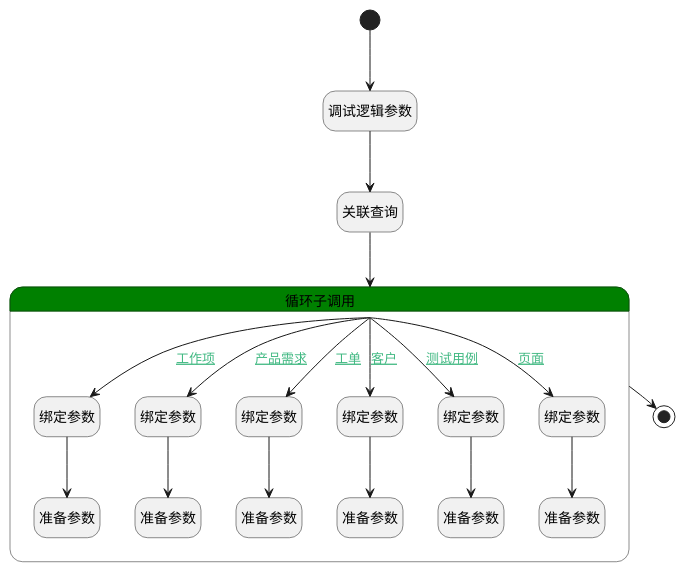
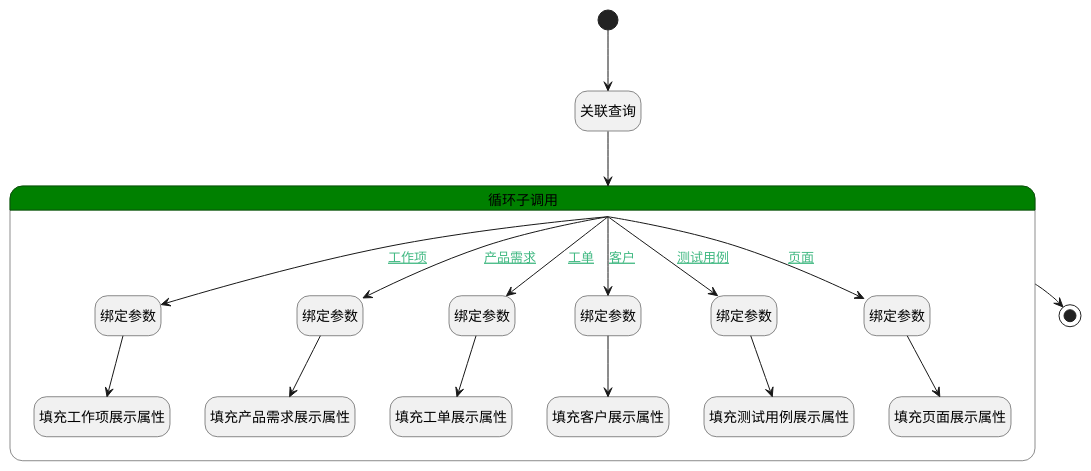
One commit to iBizLab/plm changed the diagram in doc/docsify/module/Base/search_attachment/logic/advanced_search.md. Above: the diagram before and after it, drawn with PlantUML. The commit also changed other lines of this file and 1068 other files, not shown here.

````diff
--- a/doc/docsify/module/Base/search_attachment/logic/advanced_search.md
+++ b/doc/docsify/module/Base/search_attachment/logic/advanced_search.md
@@ -7,50 +7,48 @@
 ```plantuml
 @startuml
 hide empty description
 <style>
 root {
   HyperlinkColor #42b983
 }
 </style>
 
 hide empty description
 state "开始" as Begin <<start>> [[$./advanced_search#begin {"开始"}]]
-state "调试逻辑参数" as DEBUGPARAM1  [[$./advanced_search#debugparam1 {"调试逻辑参数"}]]
 state "关联查询" as DEDATASET1  [[$./advanced_search#dedataset1 {"关联查询"}]]
 state "结束" as END1 <<end>> [[$./advanced_search#end1 {"结束"}]]
 state "循环子调用" as LOOPSUBCALL1  [[$./advanced_search#loopsubcall1 {"循环子调用"}]] #green {
 state "绑定参数" as BINDPARAM1  [[$./advanced_search#bindparam1 {"绑定参数"}]]
-state "准备参数" as PREPAREPARAM1  [[$./advanced_search#prepareparam1 {"准备参数"}]]
+state "填充工作项展示属性" as PREPAREPARAM1  [[$./advanced_search#prepareparam1 {"填充工作项展示属性"}]]
 state "绑定参数" as BINDPARAM2  [[$./advanced_search#bindparam2 {"绑定参数"}]]
-state "准备参数" as PREPAREPARAM2  [[$./advanced_search#prepareparam2 {"准备参数"}]]
+state "填充产品需求展示属性" as PREPAREPARAM2  [[$./advanced_search#prepareparam2 {"填充产品需求展示属性"}]]
 state "绑定参数" as BINDPARAM3  [[$./advanced_search#bindparam3 {"绑定参数"}]]
-state "准备参数" as PREPAREPARAM3  [[$./advanced_search#prepareparam3 {"准备参数"}]]
+state "填充工单展示属性" as PREPAREPARAM3  [[$./advanced_search#prepareparam3 {"填充工单展示属性"}]]
 state "绑定参数" as BINDPARAM4  [[$./advanced_search#bindparam4 {"绑定参数"}]]
-state "准备参数" as PREPAREPARAM4  [[$./advanced_search#prepareparam4 {"准备参数"}]]
+state "填充客户展示属性" as PREPAREPARAM4  [[$./advanced_search#prepareparam4 {"填充客户展示属性"}]]
 state "绑定参数" as BINDPARAM5  [[$./advanced_search#bindparam5 {"绑定参数"}]]
-state "准备参数" as PREPAREPARAM5  [[$./advanced_search#prepareparam5 {"准备参数"}]]
+state "填充测试用例展示属性" as PREPAREPARAM5  [[$./advanced_search#prepareparam5 {"填充测试用例展示属性"}]]
 state "绑定参数" as BINDPARAM6  [[$./advanced_search#bindparam6 {"绑定参数"}]]
-state "准备参数" as PREPAREPARAM6  [[$./advanced_search#prepareparam6 {"准备参数"}]]
+state "填充页面展示属性" as PREPAREPARAM6  [[$./advanced_search#prepareparam6 {"填充页面展示属性"}]]
 }
 
 
-Begin --> DEBUGPARAM1
-DEBUGPARAM1 --> DEDATASET1
+Begin --> DEDATASET1
 DEDATASET1 --> LOOPSUBCALL1
 LOOPSUBCALL1 --> BINDPARAM1 : [[$./advanced_search#loopsubcall1-bindparam1{工作项} 工作项]]
 BINDPARAM1 --> PREPAREPARAM1
 LOOPSUBCALL1 --> END1
 LOOPSUBCALL1 --> BINDPARAM2 : [[$./advanced_search#loopsubcall1-bindparam2{产品需求} 产品需求]]
 BINDPARAM2 --> PREPAREPARAM2
 LOOPSUBCALL1 --> BINDPARAM3 : [[$./advanced_search#loopsubcall1-bindparam3{工单} 工单]]
 BINDPARAM3 --> PREPAREPARAM3
 LOOPSUBCALL1 --> BINDPARAM4 : [[$./advanced_search#loopsubcall1-bindparam4{客户} 客户]]
 BINDPARAM4 --> PREPAREPARAM4
 LOOPSUBCALL1 --> BINDPARAM5 : [[$./advanced_search#loopsubcall1-bindparam5{测试用例} 测试用例]]
 BINDPARAM5 --> PREPAREPARAM5
 LOOPSUBCALL1 --> BINDPARAM6 : [[$./advanced_search#loopsubcall1-bindparam6{页面} 页面]]
 BINDPARAM6 --> PREPAREPARAM6
 
 
 @enduml
 ```
````
